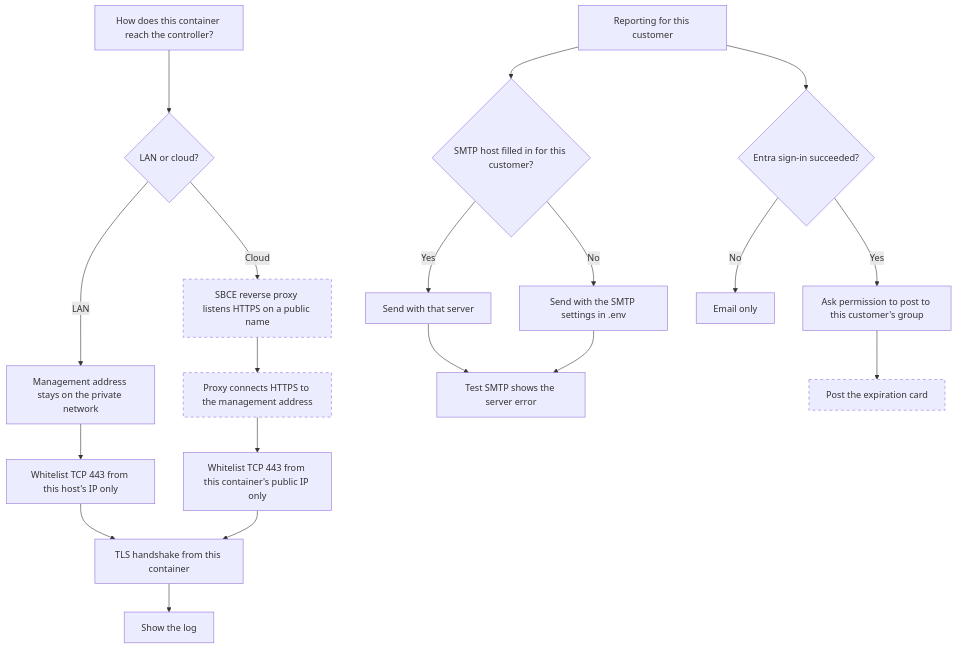
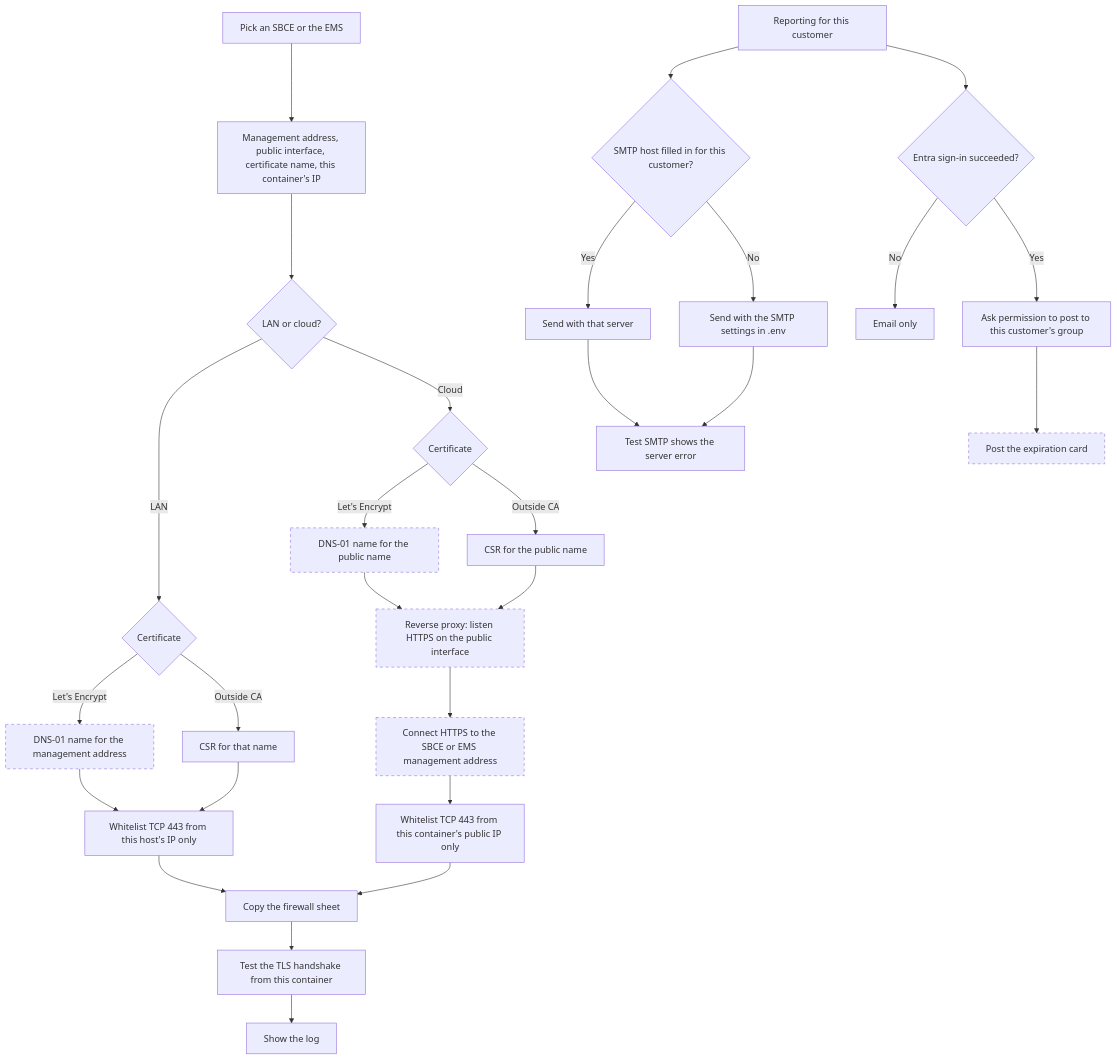
One commit to bmiles-git/avaya-sbce-manager changed the third of 3 diagrams in README.md. Above: the diagram before and after it, drawn with Mermaid. The commit also changed other lines of this file, not shown here.

Commit message:
Update the access flow to the SBCE and EMS setup sheet.

````diff
--- a/README.md
+++ b/README.md
@@ -85,25 +85,34 @@
 ```mermaid
 flowchart TD
-  reach[How does this container reach the controller?]
-  reach --> method{LAN or cloud?}
-  method -->|LAN| lanaddr[Management address stays on the private network]
-  lanaddr --> lanallow[Whitelist TCP 443 from this host's IP only]
-  lanallow --> probe[TLS handshake from this container]
-  method -->|Cloud| relay[SBCE reverse proxy listens HTTPS on a public name]
-  relay --> inside[Proxy connects HTTPS to the management address]
+  reach[Pick an SBCE or the EMS]
+  reach --> details[Management address, public interface, certificate name, this container's IP]
+  details --> method{LAN or cloud?}
+  method -->|LAN| lancert{Certificate}
+  method -->|Cloud| cloudcert{Certificate}
+  lancert -->|Let's Encrypt| lancname[DNS-01 name for the management address]
+  lancert -->|Outside CA| lancsr[CSR for that name]
+  cloudcert -->|Let's Encrypt| cname[DNS-01 name for the public name]
+  cloudcert -->|Outside CA| csr[CSR for the public name]
+  lancname --> lanallow[Whitelist TCP 443 from this host's IP only]
+  lancsr --> lanallow
+  cname --> relay[Reverse proxy: listen HTTPS on the public interface]
+  csr --> relay
+  relay --> inside[Connect HTTPS to the SBCE or EMS management address]
   inside --> cloudallow[Whitelist TCP 443 from this container's public IP only]
-  cloudallow --> probe
+  lanallow --> sheet[Copy the firewall sheet]
+  cloudallow --> sheet
+  sheet --> probe[Test the TLS handshake from this container]
   probe --> log[Show the log]
   report[Reporting for this customer]
   report --> smtp{SMTP host filled in for this customer?}
   smtp -->|Yes| customerMail[Send with that server]
   smtp -->|No| hostMail[Send with the SMTP settings in .env]
   customerMail --> test[Test SMTP shows the server error]
   hostMail --> test
   report --> signed{Entra sign-in succeeded?}
   signed -->|No| mailOnly[Email only]
   signed -->|Yes| consent[Ask permission to post to this customer's group]
   consent --> teams[Post the expiration card]
-  class relay,inside,teams gap
+  class lancname,cname,relay,inside,teams gap
   classDef gap stroke-dasharray: 5 5
 ```
````
